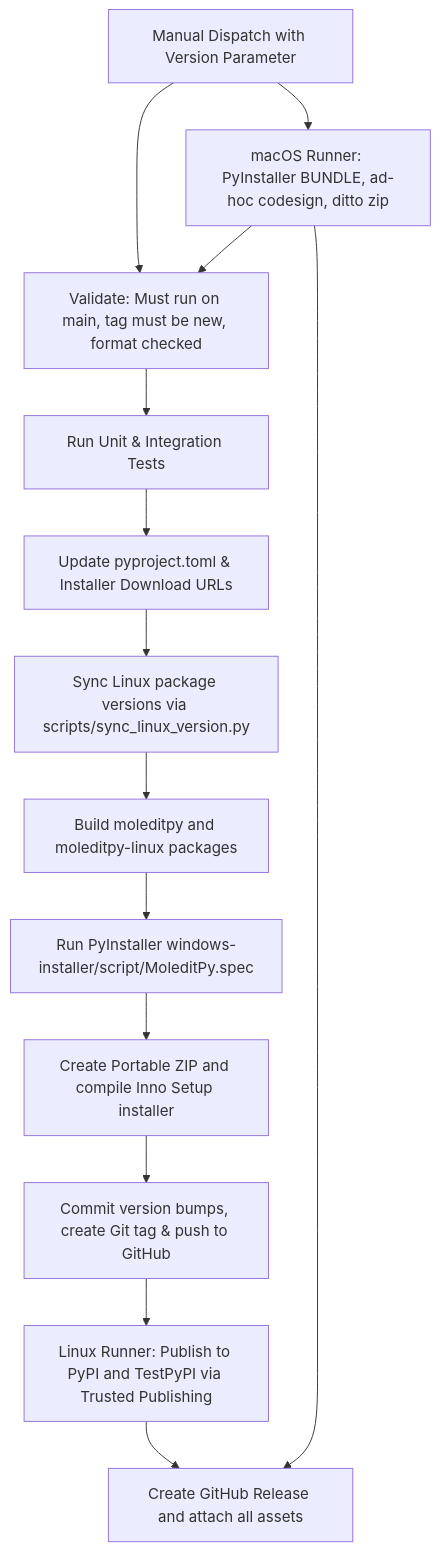
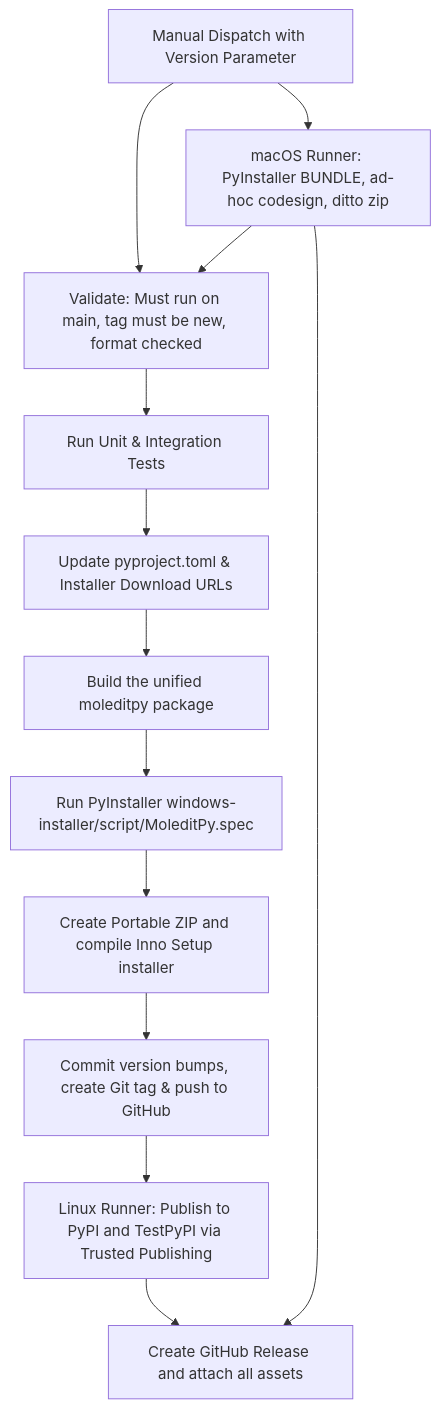
One commit to HiroYokoyama/python_molecular_editor changed the diagram in .github/workflows/README.md. Above: the diagram before and after it, drawn with Mermaid. The commit also changed other lines of this file and 146 other files, not shown here.

````diff
--- a/.github/workflows/README.md
+++ b/.github/workflows/README.md
@@ -179,16 +171,15 @@
 ```mermaid
 graph TD
     A[Manual Dispatch with Version Parameter] --> B[Validate: Must run on main, tag must be new, format checked]
     B --> C[Run Unit & Integration Tests]
     C --> D[Update pyproject.toml & Installer Download URLs]
-    D --> E[Sync Linux package versions via scripts/sync_linux_version.py]
-    E --> F[Build moleditpy and moleditpy-linux packages]
+    D --> F[Build the unified moleditpy package]
     F --> G[Run PyInstaller windows-installer/script/MoleditPy.spec]
     G --> H[Create Portable ZIP and compile Inno Setup installer]
     H --> I[Commit version bumps, create Git tag & push to GitHub]
     I --> J[Linux Runner: Publish to PyPI and TestPyPI via Trusted Publishing]
     J --> K[Create GitHub Release and attach all assets]
     A --> L[macOS Runner: PyInstaller BUNDLE, ad-hoc codesign, ditto zip]
     L --> B
     L --> K
 ```
````
